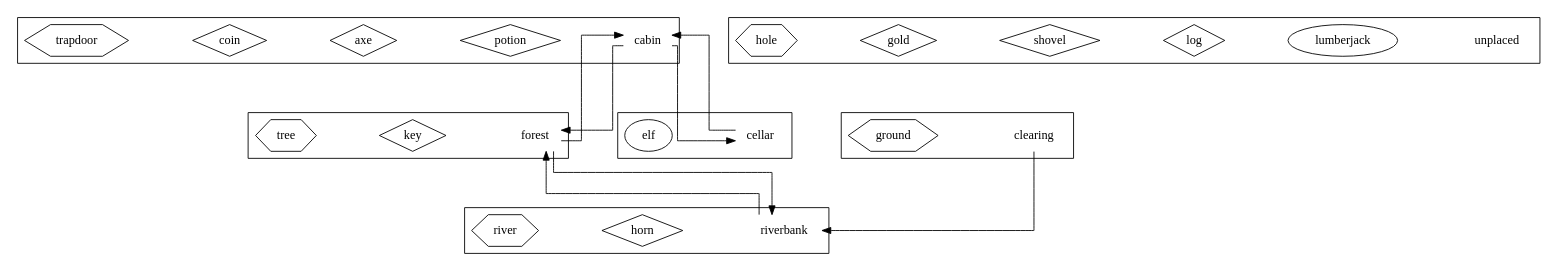
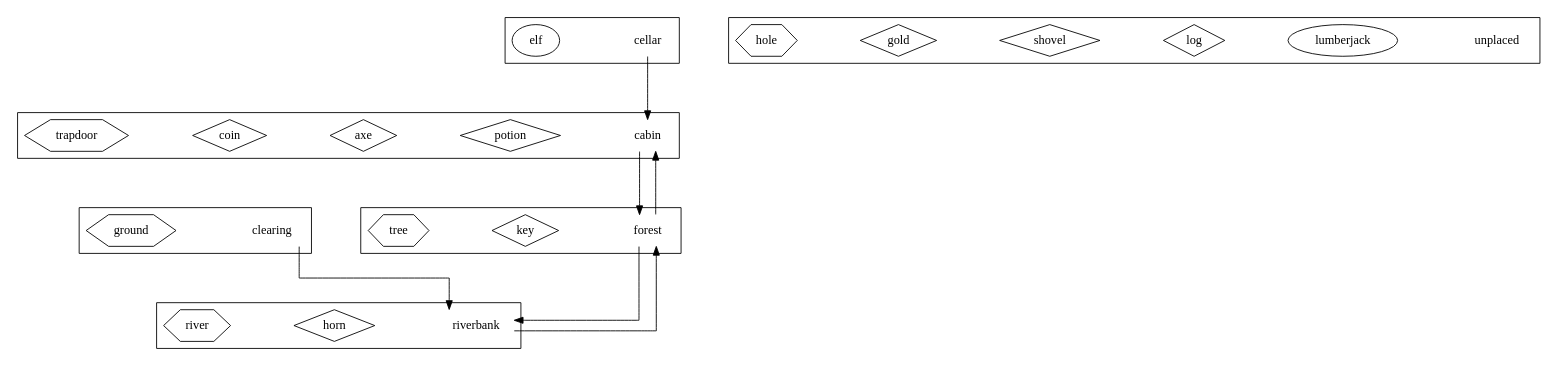
Before and after one commit to A-Madeline-Bates/Text-Adventure-Assessment: the diagram in data/extended-entities.dot, drawn with Graphviz. The commit also changed 1 other file, not shown here.

Commit message:
Fixing bug caused by graph parser quirk

```diff
--- a/data/extended-entities.dot
+++ b/data/extended-entities.dot
@@ -1,100 +1,98 @@
 digraph layout {
     /* ortho splines just makes the arrows into straight lines (rather than curvy ones !) */
     splines = ortho;
     /* space everything out a bit to make it easier to see (for larger models) */
     graph [ranksep="1" nodesep="1"];
     node [shape = "rect"];
 
     subgraph locations {
 
         subgraph cluster001 {
             node [shape = "none"];
             cabin [description = "A log cabin in the woods"];
             subgraph artefacts {
                 node [shape = "diamond"];
                 potion [description = "A bottle of magic potion"];
                 axe [description = "A razor sharp axe"];
                 coin [description = "A silver coin"];
             }
             subgraph furniture {
                 node [shape = "hexagon"];
                 trapdoor [description = "A locked wooden trapdoor in the floor"];
             }
         }
 
         subgraph cluster002 {
             node [shape = "none"];
             forest [description = "A deep dark forest"];
             subgraph artefacts {
                 node [shape = "diamond"];
                 key [description = "A rusty old key"];
             }
             subgraph furniture {
                 node [shape = "hexagon"];
                 tree [description = "A tall pine tree"];
             }
         }
 
         subgraph cluster003 {
             node [shape = "none"];
             cellar [description = "A dusty cellar"]
             subgraph characters {
                 node [shape = "ellipse"];
                 elf [description = "An angry looking Elf"];
             }
         }
 
         subgraph cluster004 {
             node [shape = "none"];
             riverbank [description = "A grassy riverbank"]
             subgraph artefacts {
                 node [shape = "diamond"];
                 horn [description = "An old brass horn"];
             }
             subgraph furniture {
                 node [shape = "hexagon"];
                 river [description = "A fast flowing river"];
             }
         }
 
         subgraph cluster005 {
             node [shape = "none"];
             clearing [description = "A clearing in the woods"]
             subgraph furniture {
                 node [shape = "hexagon"];
                 ground [description = "It looks like the soil has been recently disturbed"];
             }
         }
 
         subgraph cluster999 {
             node [shape = "none"];
             unplaced [description = "Storage for any entities not placed in the game"]
             subgraph characters {
                 node [shape = "ellipse"];
                 lumberjack [description = "A burly wood cutter"];
             }
             subgraph artefacts {
                 node [shape = "diamond"];
                 log [description = "A heavy wooden log"];
                 shovel [description = "A sturdy shovel"];
                 gold [description = "A big pot of gold"];
             }
             subgraph furniture {
                 node [shape = "hexagon"];
                 hole [description = "A deep hole in the ground"];
             }
         }
 
     }
 
     subgraph paths {
         cabin -> forest;
         forest -> cabin;
         cellar -> cabin;
-        cabin -> cellar;
         forest -> riverbank
         riverbank -> forest
         clearing -> riverbank
     }
-
 }
```
